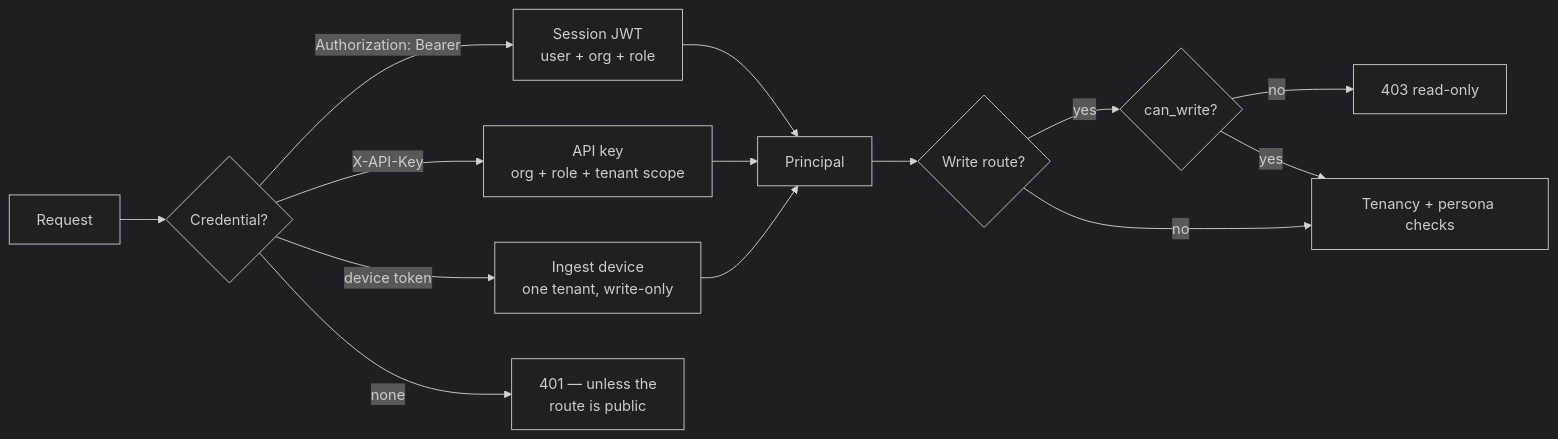
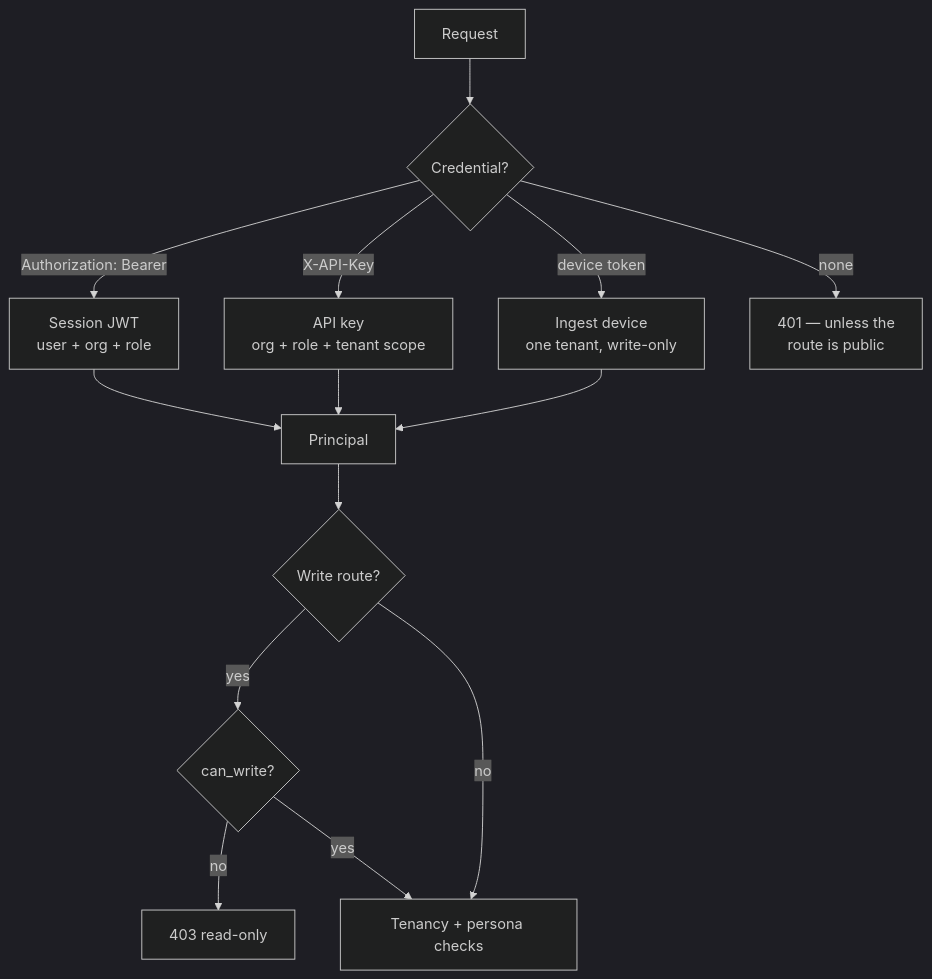
The diagram in docs/API-SPECIFICATION.md (Tejesh3305/Goalcert_Digital-Twin), drawn with Mermaid (dark theme) before and after one commit. The commit also changed 8 other files, not shown here.

````diff
--- a/docs/API-SPECIFICATION.md
+++ b/docs/API-SPECIFICATION.md
@@ -53,16 +53,16 @@
 ```mermaid
-flowchart LR
+flowchart TD
   R["Request"] --> A{"Credential?"}
   A -->|"Authorization: Bearer"| S["Session JWT<br/>user + org + role"]
   A -->|"X-API-Key"| K["API key<br/>org + role + tenant scope"]
   A -->|"device token"| D["Ingest device<br/>one tenant, write-only"]
   A -->|none| N["401 — unless the<br/>route is public"]
   S --> P["Principal"]
   K --> P
   D --> P
   P --> W{"Write route?"}
   W -->|yes| WR{"can_write?"}
   WR -->|no| F403["403 read-only"]
   WR -->|yes| T["Tenancy + persona checks"]
   W -->|no| T
 ```
````
